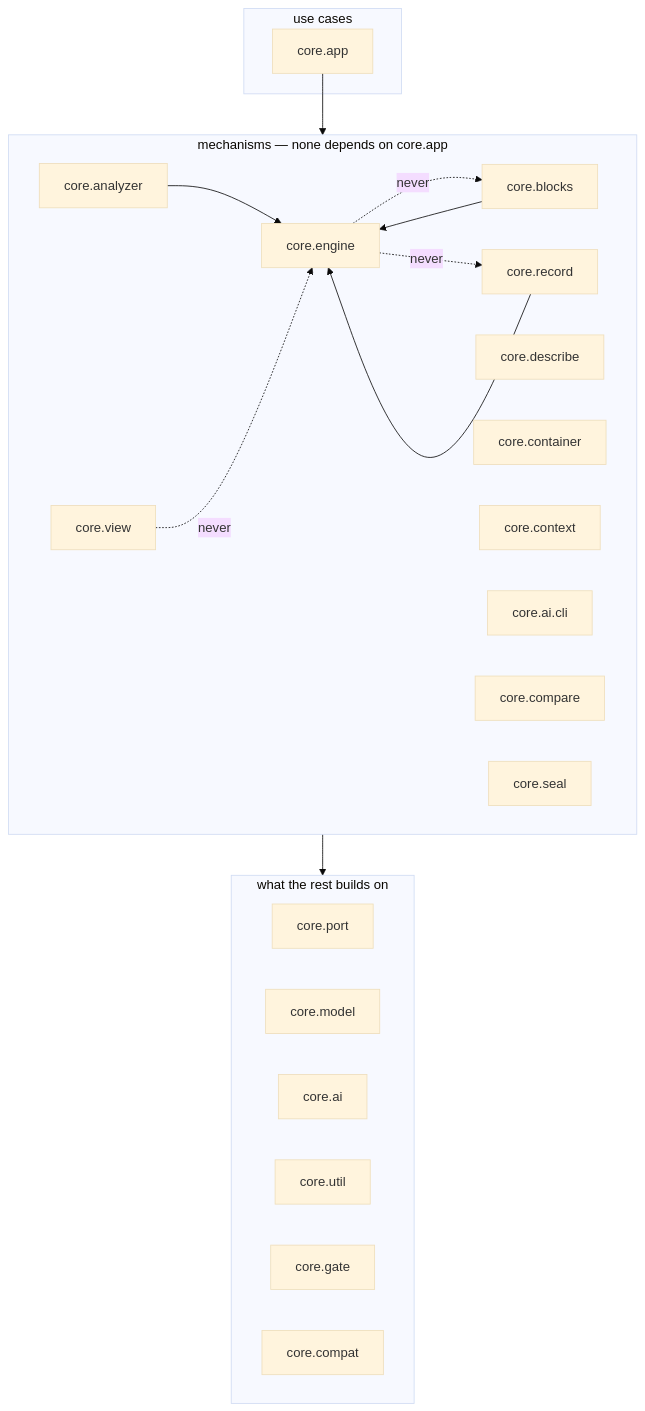
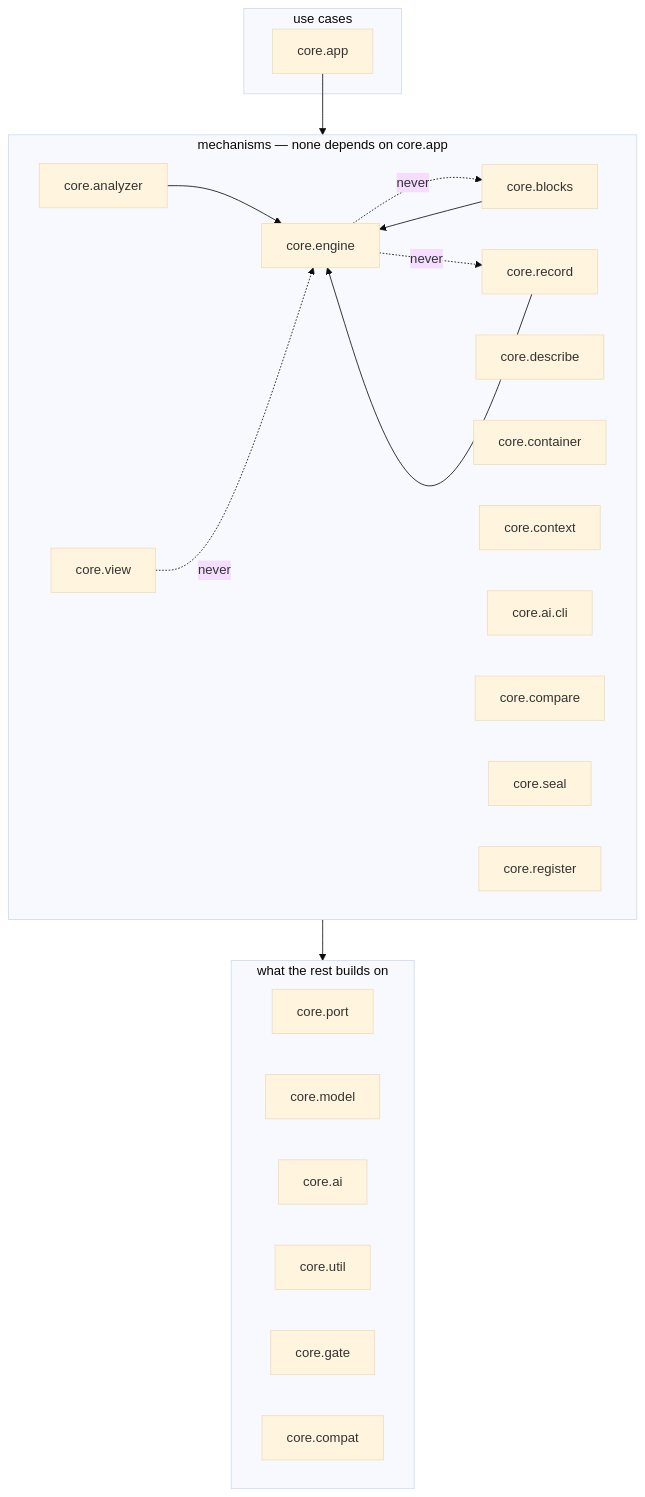
One commit to FLSEST/traceworks changed the second of 4 diagrams in docs/architecture.md. Above: the diagram before and after it, drawn with Mermaid (base theme). The commit also changed other lines of this file, not shown here.

Commit message:
docs(architecture): core.register in the layer diagram, and the interrupted run in the diagram of a run

````diff
--- a/docs/architecture.md
+++ b/docs/architecture.md
@@ -140,35 +140,36 @@
 ```mermaid
 flowchart TB
     subgraph top["use cases"]
         app["core.app"]
     end
     subgraph middle["mechanisms — none depends on core.app"]
         engine["core.engine"]
         blocks["core.blocks"]
         analyzer["core.analyzer"]
         record["core.record"]
         view["core.view"]
         describe["core.describe"]
         container["core.container"]
         context["core.context"]
         aicli["core.ai.cli"]
         compare["core.compare"]
         seal["core.seal"]
+        register["core.register"]
     end
     subgraph base["what the rest builds on"]
         port["core.port"]
         model["core.model"]
         ai["core.ai"]
         util["core.util"]
         gate["core.gate"]
         compat["core.compat"]
     end
     app --> middle
     middle --> base
     blocks --> engine
     record --> engine
     analyzer --> engine
     engine -. "never" .-> blocks
     engine -. "never" .-> record
     view -. "never" .-> engine
 ```
````
